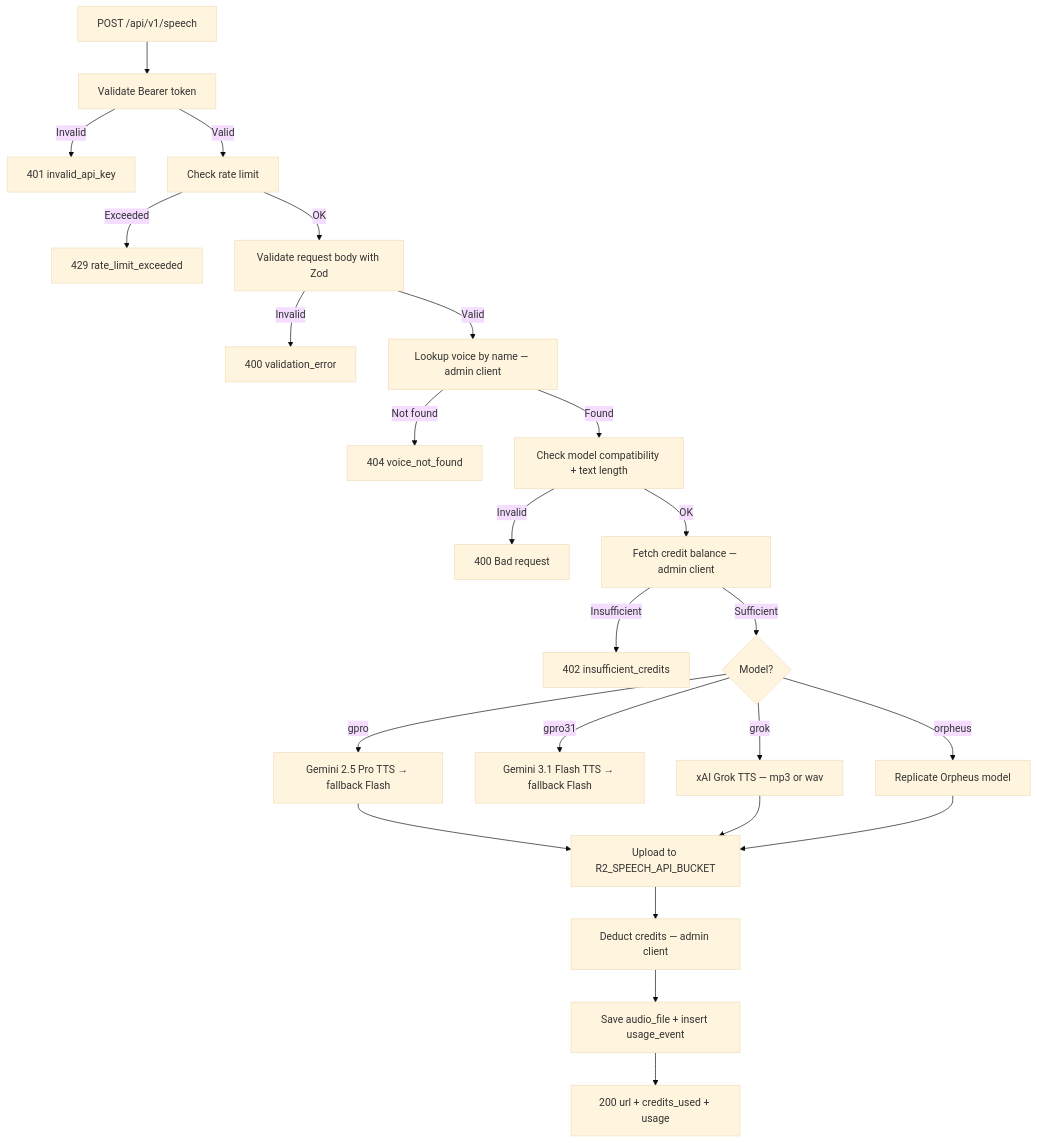
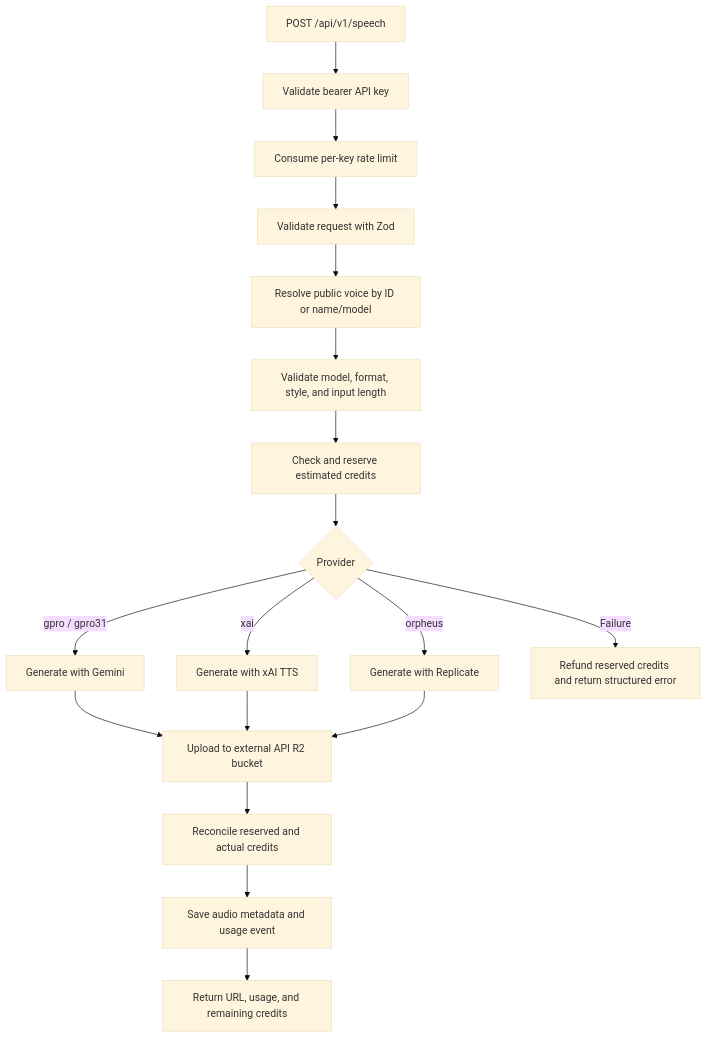
One commit to gianpaj/sexyvoice changed the second of 5 diagrams in ARCHITECTURE.md. Above: the diagram before and after it, drawn with Mermaid (base theme). The commit also changed other lines of this file, not shown here.

Commit message:
docs: Refresh architecture overview

````diff
--- a/ARCHITECTURE.md
+++ b/ARCHITECTURE.md
@@ -77,26 +130,20 @@
 ```mermaid
 flowchart TD
-    A[POST /api/v1/speech] --> B[Validate Bearer token]
-    B -->|Invalid| Z1[401 invalid_api_key]
-    B -->|Valid| C[Check rate limit]
-    C -->|Exceeded| Z2[429 rate_limit_exceeded]
-    C -->|OK| D[Validate request body with Zod]
-    D -->|Invalid| Z3[400 validation_error]
-    D -->|Valid| E[Lookup voice by name — admin client]
-    E -->|Not found| Z4[404 voice_not_found]
-    E -->|Found| F[Check model compatibility + text length]
-    F -->|Invalid| Z5[400 Bad request]
-    F -->|OK| G[Fetch credit balance — admin client]
-    G -->|Insufficient| Z6[402 insufficient_credits]
-    G -->|Sufficient| H{Model?}
-    H -->|gpro| I[Gemini 2.5 Pro TTS → fallback Flash]
-    H -->|gpro31| I2[Gemini 3.1 Flash TTS → fallback Flash]
-    H -->|grok| J2[xAI Grok TTS — mp3 or wav]
-    H -->|orpheus| J[Replicate Orpheus model]
-    I --> K[Upload to R2_SPEECH_API_BUCKET]
-    J2 --> K
-    J --> K
-    K --> L[Deduct credits — admin client]
-    L --> M[Save audio_file + insert usage_event]
-    M --> N[200 url + credits_used + usage]
+    A["POST /api/v1/speech"] --> B["Validate bearer API key"]
+    B --> C["Consume per-key rate limit"]
+    C --> D["Validate request with Zod"]
+    D --> E["Resolve public voice by ID or name/model"]
+    E --> F["Validate model, format, style, and input length"]
+    F --> G["Check and reserve estimated credits"]
+    G --> H{"Provider"}
+    H -->|"gpro / gpro31"| I["Generate with Gemini"]
+    H -->|"xai"| J["Generate with xAI TTS"]
+    H -->|"orpheus"| K["Generate with Replicate"]
+    I --> L["Upload to external API R2 bucket"]
+    J --> L
+    K --> L
+    L --> M["Reconcile reserved and actual credits"]
+    M --> N["Save audio metadata and usage event"]
+    N --> O["Return URL, usage, and remaining credits"]
+    H -->|"Failure"| P["Refund reserved credits and return structured error"]
 ```
````
